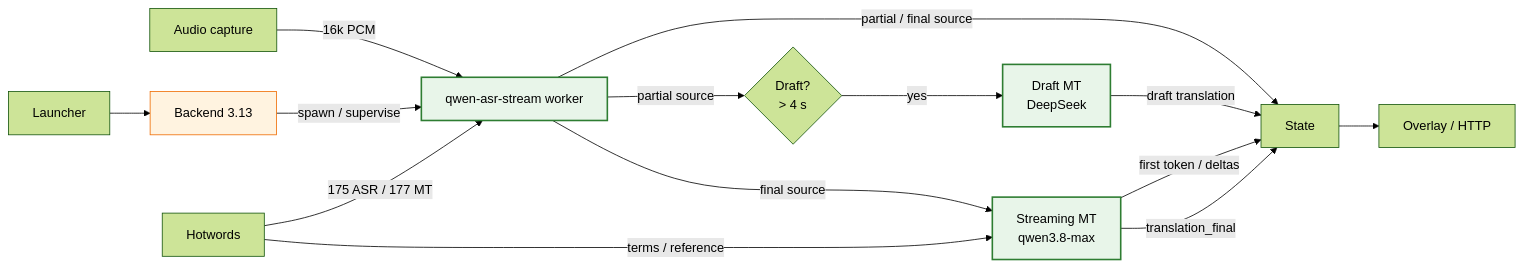
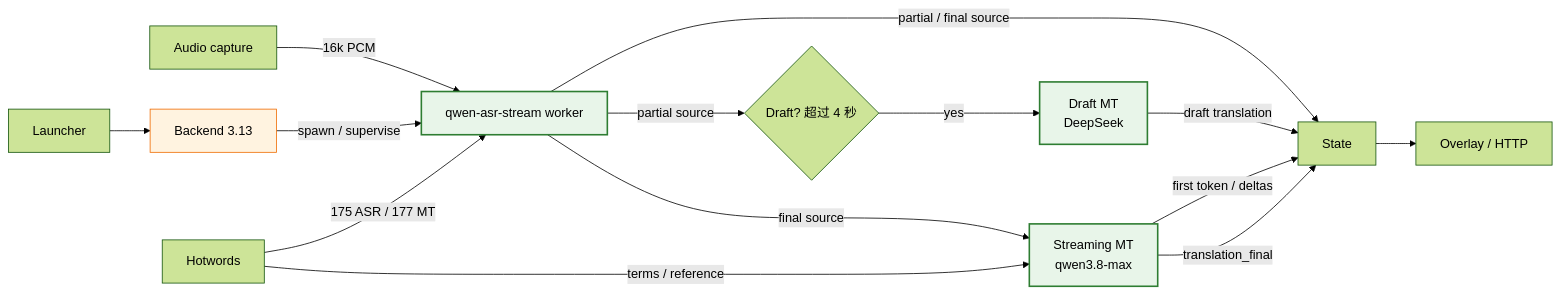
The second of 2 diagrams in docs/ARCHITECTURE.md (starry335/live-interpreter), drawn with Mermaid (forest theme) before and after one commit.

Commit message:
docs: simplify draft decision label in diagram

````diff
--- a/docs/ARCHITECTURE.md
+++ b/docs/ARCHITECTURE.md
@@ -28,20 +28,20 @@
 ```mermaid
 flowchart LR
   L[Launcher] --> B[Backend 3.13]
   A[Audio capture] -- "16k PCM" --> Q[qwen-asr-stream worker]
   B -- "spawn / supervise" --> Q
   H[Hotwords] -- "175 ASR / 177 MT" --> Q
-  Q -- "partial source" --> D{"Draft?<br/>> 4 s"}
+  Q -- "partial source" --> D{"Draft? 超过 4 秒"}
   D -- "yes" --> DR[Draft MT<br/>DeepSeek]
   Q -- "final source" --> T[Streaming MT<br/>qwen3.8-max]
   H -- "terms / reference" --> T
   Q -- "partial / final source" --> S[State]
   DR -- "draft translation" --> S
   T -- "first token / deltas" --> S
   T -- "translation_final" --> S
   S --> O[Overlay / HTTP]
   classDef new fill:#e8f5e9,stroke:#2e7d32,stroke-width:2px;
   classDef runtime fill:#fff3e0,stroke:#ef6c00,stroke-width:1px;
   class Q,T,DR new;
   class B runtime;
 ```
````
